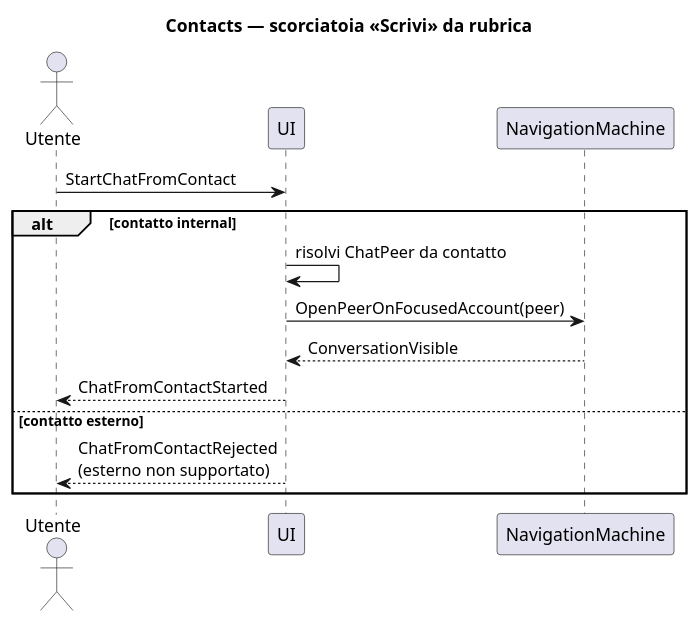
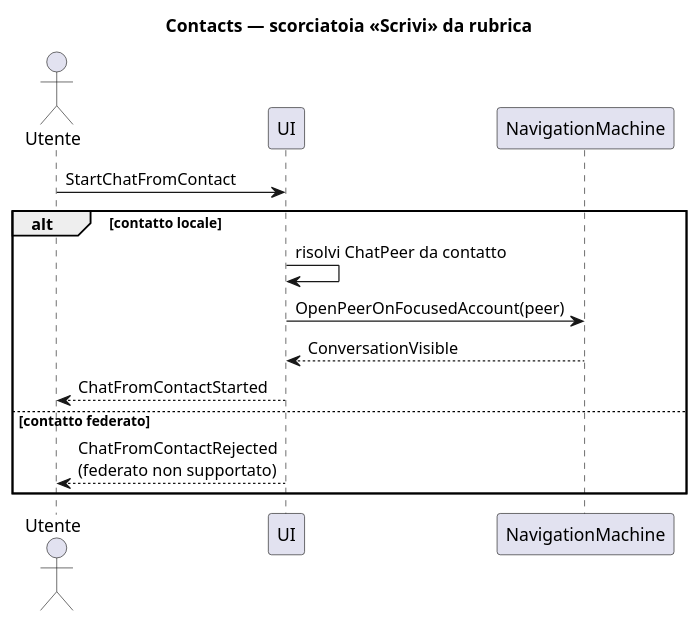
One commit to alfred-im/alfred-im changed the diagram in docs/model/uml/contacts/seq-compose-from-contact.puml. Above: the diagram before and after it, drawn with PlantUML. The commit also changed 18 other files, not shown here.

```diff
--- a/docs/model/uml/contacts/seq-compose-from-contact.puml
+++ b/docs/model/uml/contacts/seq-compose-from-contact.puml
@@ -1,24 +1,24 @@
 @startuml seq-compose-from-contact
 ' Context: contacts → navigation
 ' Profile: client
 ' SDD: PROM-PERSONAL-CONTACTS-006
 ' Revision: 2026-07-27
 
 title Contacts — scorciatoia «Scrivi» da rubrica
 
 actor Utente
 participant "UI" as UI
 participant "NavigationMachine" as Nav
 
 Utente -> UI : StartChatFromContact
 
-alt contatto internal
+alt contatto locale
   UI -> UI : risolvi ChatPeer da contatto
   UI -> Nav : OpenPeerOnFocusedAccount(peer)
   Nav --> UI : ConversationVisible
   UI --> Utente : ChatFromContactStarted
-else contatto esterno
-  UI --> Utente : ChatFromContactRejected\n(esterno non supportato)
+else contatto federato
+  UI --> Utente : ChatFromContactRejected\n(federato non supportato)
 end
 
 @enduml
```
